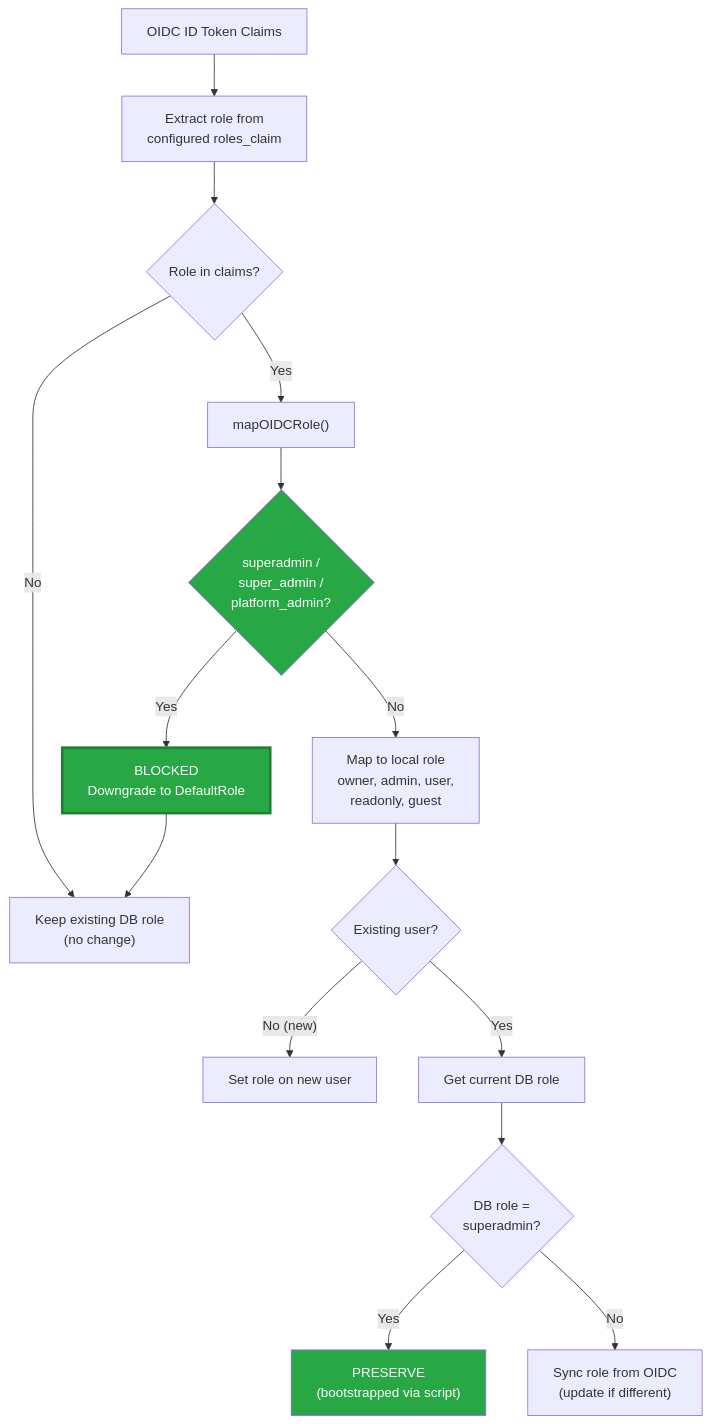
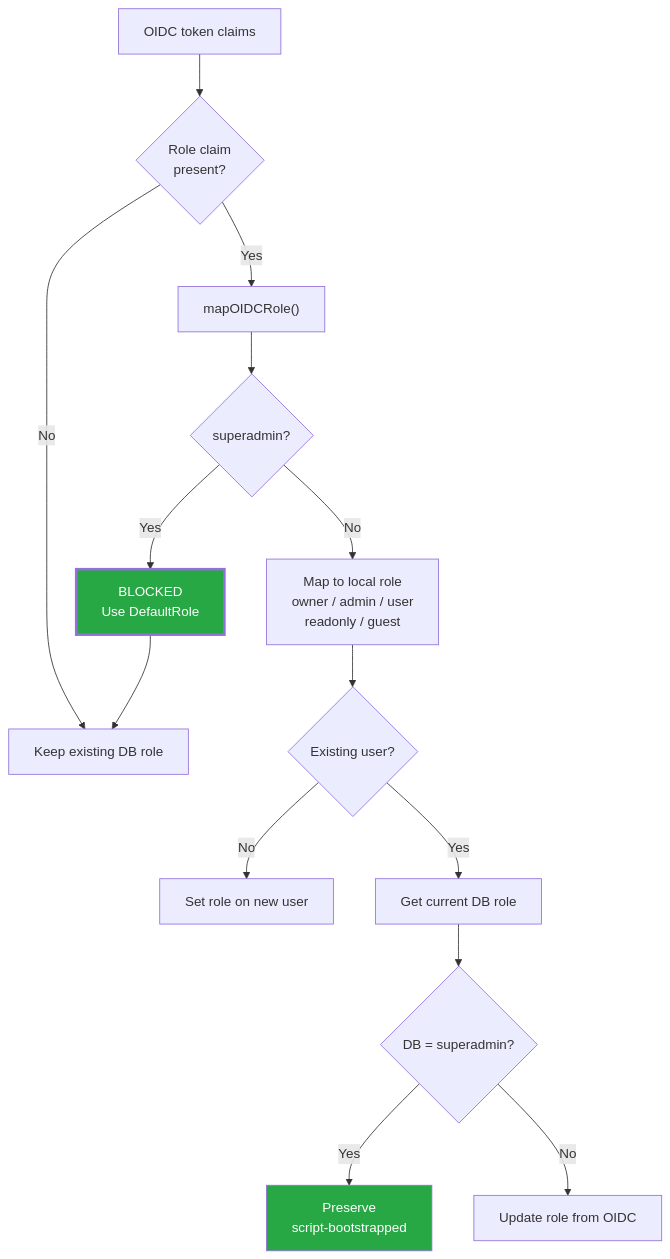
One commit to Sesame-Disk/cool-storage-api changed the fourth of 5 diagrams in docs/diagrams/auth-layer.md. Above: the diagram before and after it, drawn with Mermaid. The commit also changed other lines of this file and 5 other files, not shown here.

Commit message:
Fix: mermaid diagram generator visibility. Adding diagrams and reviewing previous review fixes

````diff
--- a/docs/diagrams/auth-layer.md
+++ b/docs/diagrams/auth-layer.md
@@ -56,26 +68,26 @@
 ```mermaid
 flowchart TD
-    Claims["OIDC ID Token Claims"] --> ExtractRole["Extract role from<br/>configured roles_claim"]
+    Claims["OIDC token claims"]
+    Claims --> HasRole{"Role claim<br/>present?"}
 
-    ExtractRole --> HasRole{"Role in claims?"}
-    HasRole -->|"No"| KeepDBRole["Keep existing DB role<br/>(no change)"]
-    HasRole -->|"Yes"| MapRole["mapOIDCRole()"]
+    HasRole -->|No| Keep["Keep existing DB role"]
 
-    MapRole --> IsSuperAdmin{"superadmin /<br/>super_admin /<br/>platform_admin?"}
-    IsSuperAdmin -->|"Yes"| BlockEscalation["BLOCKED<br/>Downgrade to DefaultRole"]
-    IsSuperAdmin -->|"No"| MapNormal["Map to local role<br/>owner, admin, user,<br/>readonly, guest"]
+    HasRole -->|Yes| Map["mapOIDCRole()"]
+    Map --> Super{"superadmin?"}
 
-    MapNormal --> ExistingUser{"Existing user?"}
-    ExistingUser -->|"No (new)"| SetRole["Set role on new user"]
-    ExistingUser -->|"Yes"| CheckDB["Get current DB role"]
+    Super -->|Yes| Block["BLOCKED<br/>Use DefaultRole"]
+    Super -->|No| Normalize["Map to local role<br/>owner / admin / user<br/>readonly / guest"]
 
-    CheckDB --> DBIsSuperAdmin{"DB role =<br/>superadmin?"}
-    DBIsSuperAdmin -->|"Yes"| PreserveSuperAdmin["PRESERVE<br/>(bootstrapped via script)"]
-    DBIsSuperAdmin -->|"No"| SyncRole["Sync role from OIDC<br/>(update if different)"]
+    Normalize --> Existing{"Existing user?"}
+    Existing -->|No| SetNew["Set role on new user"]
+    Existing -->|Yes| CheckDB["Get current DB role"]
 
-    BlockEscalation --> KeepDBRole
+    CheckDB --> DBSuper{"DB = superadmin?"}
+    DBSuper -->|Yes| Preserve["Preserve<br/>script-bootstrapped"]
+    DBSuper -->|No| Sync["Update role from OIDC"]
 
-    style BlockEscalation fill:#28a745,color:#fff,stroke:#1e7e34,stroke-width:3px
-    style PreserveSuperAdmin fill:#28a745,color:#fff
-    style IsSuperAdmin fill:#28a745,color:#fff
+    Block --> Keep
+
+    style Block fill:#28a745,color:#fff,stroke-width:3px
+    style Preserve fill:#28a745,color:#fff
 ```
````
